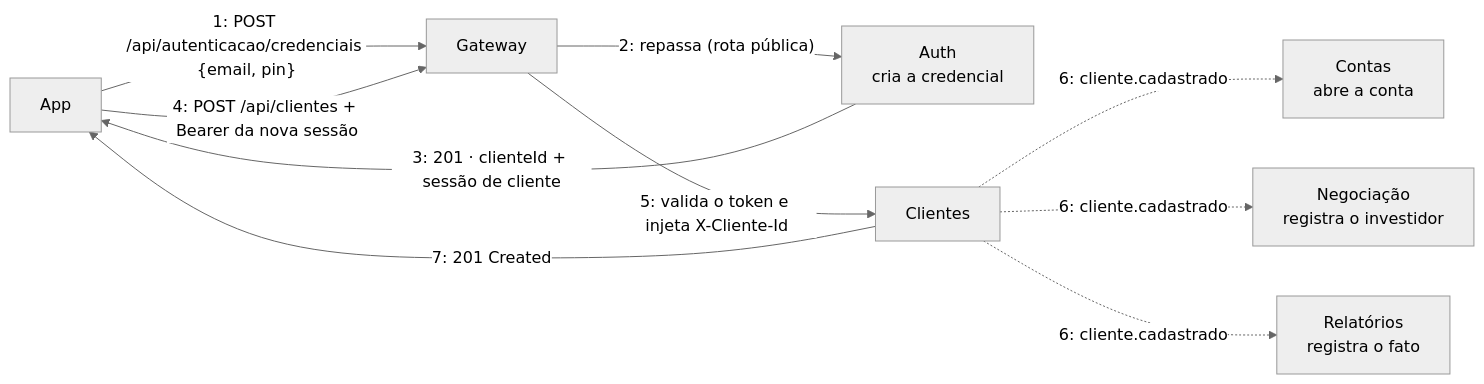
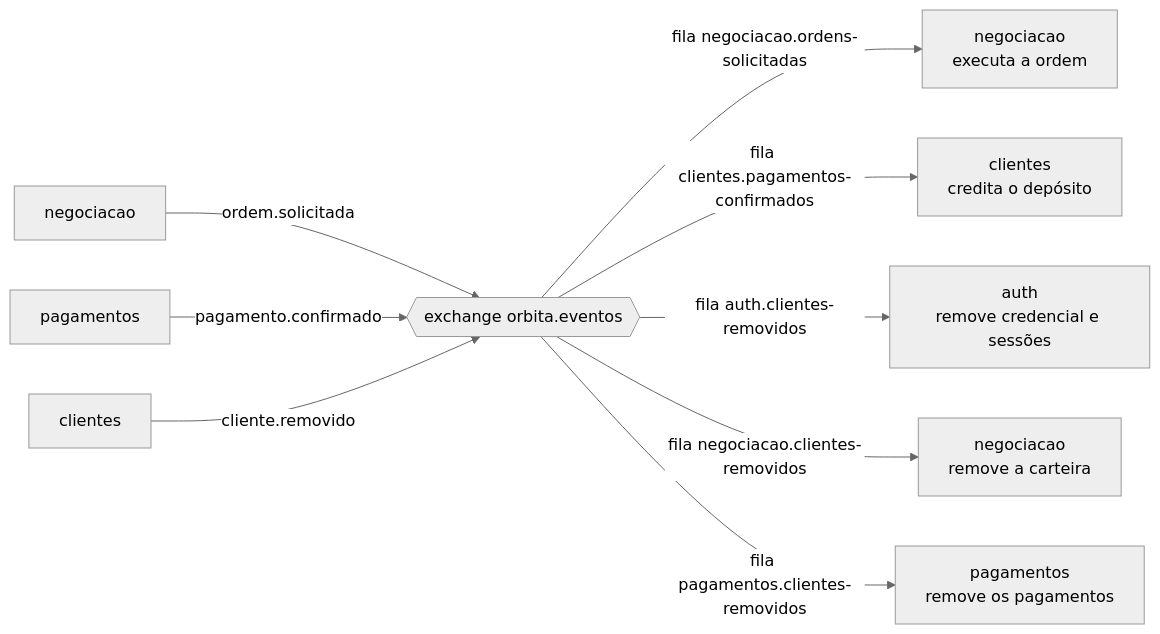
The third of 7 diagrams in docs/comunicacao.md (Endrigogustavo/OrbitaPay), drawn with Mermaid (neutral theme) before and after one commit. The commit also changed other lines of this file and 788 other files, not shown here.

First line of the commit message:
refactor(backend): rewrite as 6 clean-architecture microservices

````diff
--- a/docs/comunicacao.md
+++ b/docs/comunicacao.md
@@ -115,12 +40,11 @@
 ```mermaid
 flowchart LR
-    APP["App"] -->|"1: POST /api/autenticacao/credenciais {email, pin}"| GW["Gateway"]
-    GW -->|"2: repassa (rota pública)"| AUT["Auth<br/>cria a credencial"]
-    AUT -->|"3: 201 · clienteId + sessão de cliente"| APP
-    APP -->|"4: POST /api/clientes + Bearer da nova sessão"| GW
-    GW -->|"5: valida o token e injeta X-Cliente-Id"| CLI["Clientes"]
-    CLI -.->|"6: cliente.cadastrado"| CON["Contas<br/>abre a conta"]
-    CLI -.->|"6: cliente.cadastrado"| NEG["Negociação<br/>registra o investidor"]
-    CLI -.->|"6: cliente.cadastrado"| REL["Relatórios<br/>registra o fato"]
-    CLI -->|"7: 201 Created"| APP
+    NEG0["negociacao"] -->|"ordem.solicitada"| EX{{"exchange orbita.eventos"}}
+    PAG0["pagamentos"] -->|"pagamento.confirmado"| EX
+    CLI["clientes"] -->|"cliente.removido"| EX
+    EX -->|"fila negociacao.ordens-solicitadas"| NEG1["negociacao<br/>executa a ordem"]
+    EX -->|"fila clientes.pagamentos-confirmados"| CLI2["clientes<br/>credita o depósito"]
+    EX -->|"fila auth.clientes-removidos"| AUT["auth<br/>remove credencial e sessões"]
+    EX -->|"fila negociacao.clientes-removidos"| NEG["negociacao<br/>remove a carteira"]
+    EX -->|"fila pagamentos.clientes-removidos"| PAG["pagamentos<br/>remove os pagamentos"]
 ```
````
